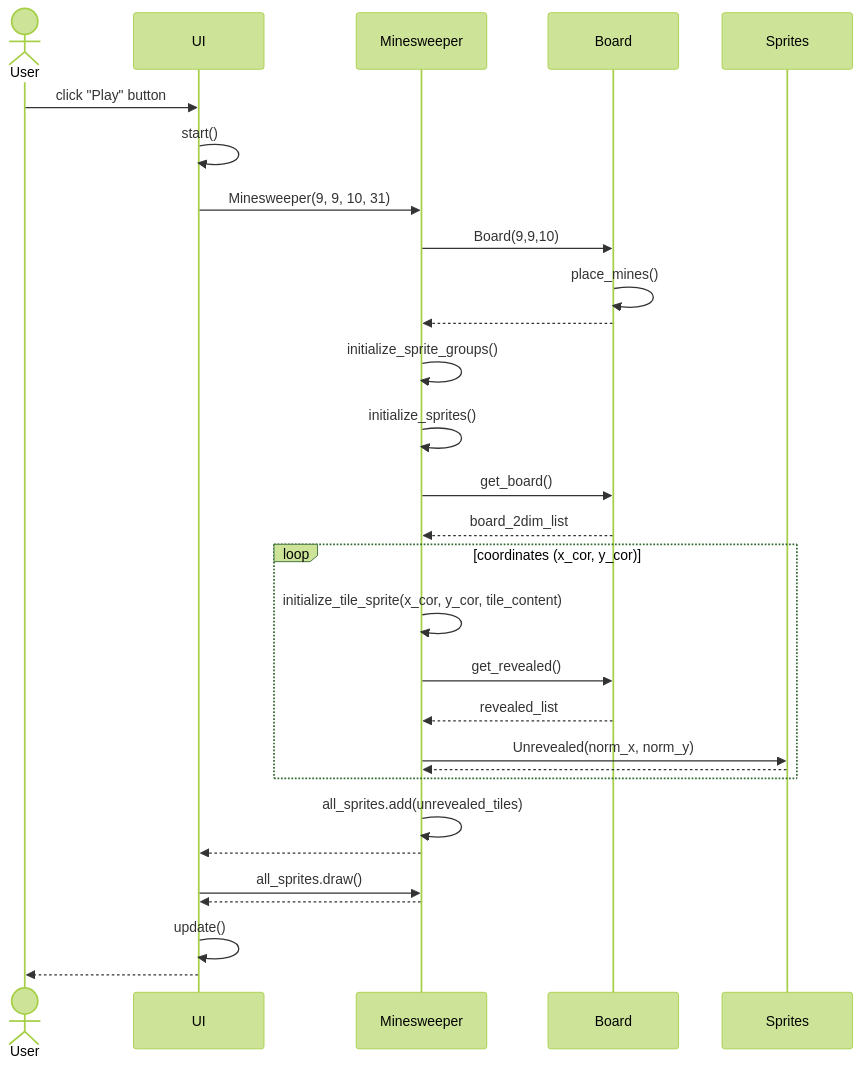
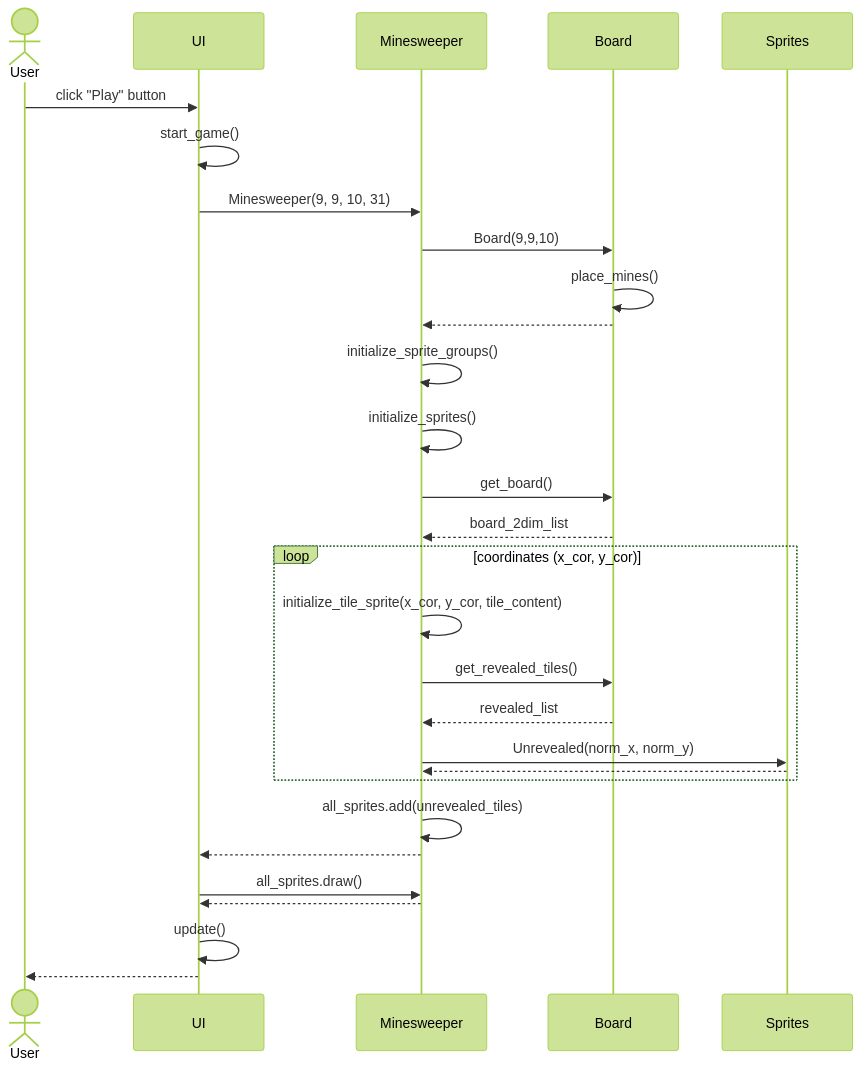
The second of 6 diagrams in dokumentaatio/arkkitehtuuri.md (xelmas/ot-miinaharava), drawn with Mermaid (forest theme) before and after one commit. The commit also changed other lines of this file, not shown here.

````diff
--- a/dokumentaatio/arkkitehtuuri.md
+++ b/dokumentaatio/arkkitehtuuri.md
@@ -61,31 +95,31 @@
 ```mermaid
 sequenceDiagram
   actor User
   participant UI
   participant Minesweeper
   participant Board
   participant Sprites
   User ->> UI: click "Play" button
-  UI ->> UI: start()
+  UI ->> UI: start_game()
   UI ->> Minesweeper: Minesweeper(9, 9, 10, 31)
   Minesweeper ->> Board: Board(9,9,10)
   Board ->> Board: place_mines()
   Board -->> Minesweeper: 
   Minesweeper ->> Minesweeper: initialize_sprite_groups()
   Minesweeper ->> Minesweeper: initialize_sprites()
   Minesweeper ->> Board: get_board()
   Board -->> Minesweeper: board_2dim_list
   loop coordinates (x_cor, y_cor)
     Minesweeper ->> Minesweeper: initialize_tile_sprite(x_cor, y_cor, tile_content)
-    Minesweeper ->> Board: get_revealed()
+    Minesweeper ->> Board: get_revealed_tiles()
     Board -->> Minesweeper: revealed_list
     Minesweeper ->> Sprites: Unrevealed(norm_x, norm_y)
     Sprites -->> Minesweeper: 
   end
   Minesweeper ->> Minesweeper: all_sprites.add(unrevealed_tiles)
   Minesweeper -->> UI: 
   UI ->> Minesweeper: all_sprites.draw()
   Minesweeper -->> UI: 
   UI ->> UI: update()
   UI -->> User: 
 ```
````
